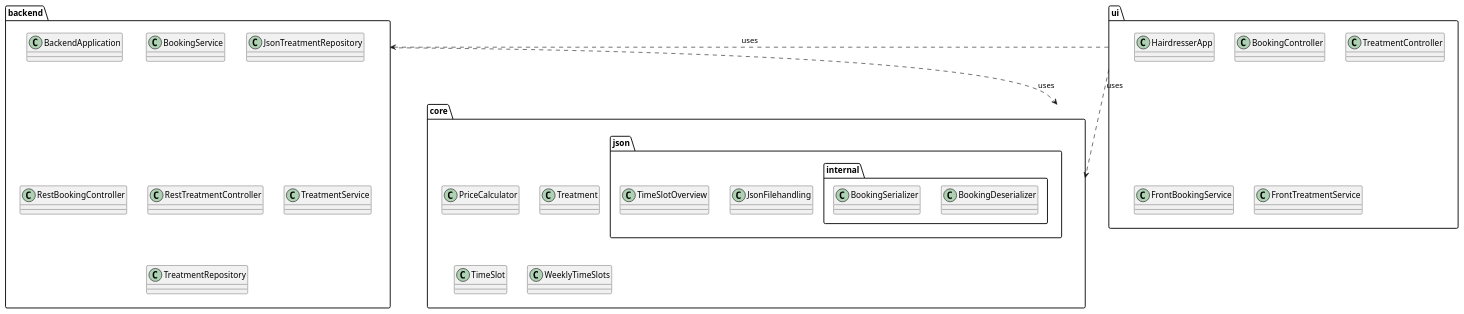
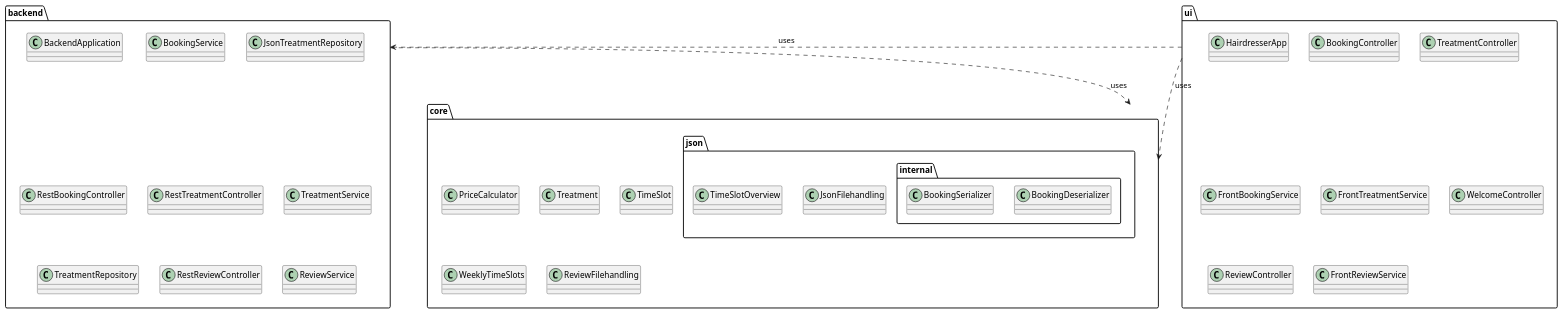
The diagram in docs/release3/diagram/pakkediagram.puml (anettkva/ITP-hairdresserApp), drawn with PlantUML before and after one commit. The commit also changed 2 other files, not shown here.

Commit message:
doc: oppdatert diagrammene etter tilegg av welcom-siden med ny funskjonalitetnpå applikajsone #75

```diff
--- a/docs/release3/diagram/pakkediagram.puml
+++ b/docs/release3/diagram/pakkediagram.puml
@@ -1,39 +1,46 @@
 @startuml pakkediagram
+
 package "backend" {
     class BackendApplication
     class BookingService
     class JsonTreatmentRepository
     class RestBookingController
     class RestTreatmentController
     class TreatmentService
     class TreatmentRepository
+    class RestReviewController
+    class ReviewService
 }
 
 package "core" {
     package "json" {
         class JsonFilehandling
         class TimeSlotOverview
         package "internal" {
             class BookingDeserializer
             class BookingSerializer
         }
     }
     class PriceCalculator
     class Treatment
     class TimeSlot
     class WeeklyTimeSlots
+    class ReviewFilehandling
 }
 
 package "ui" {
     class HairdresserApp
     class BookingController
     class TreatmentController
     class FrontBookingService
     class FrontTreatmentService
+    class WelcomeController
+    class ReviewController
+    class FrontReviewService
 }
 
 backend ..> core : uses
 ui ..> backend : uses
 ui ..> core : uses
 
 @enduml
```
